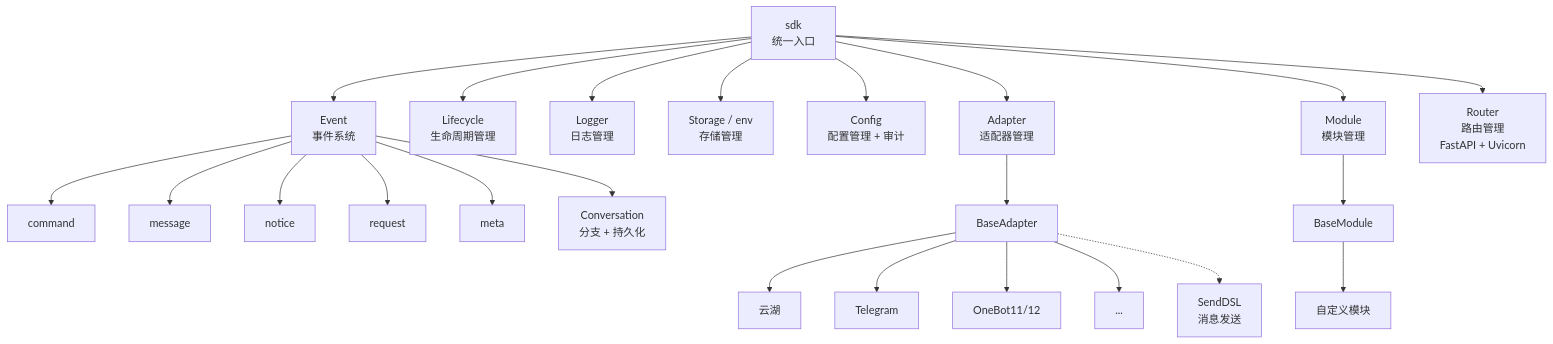
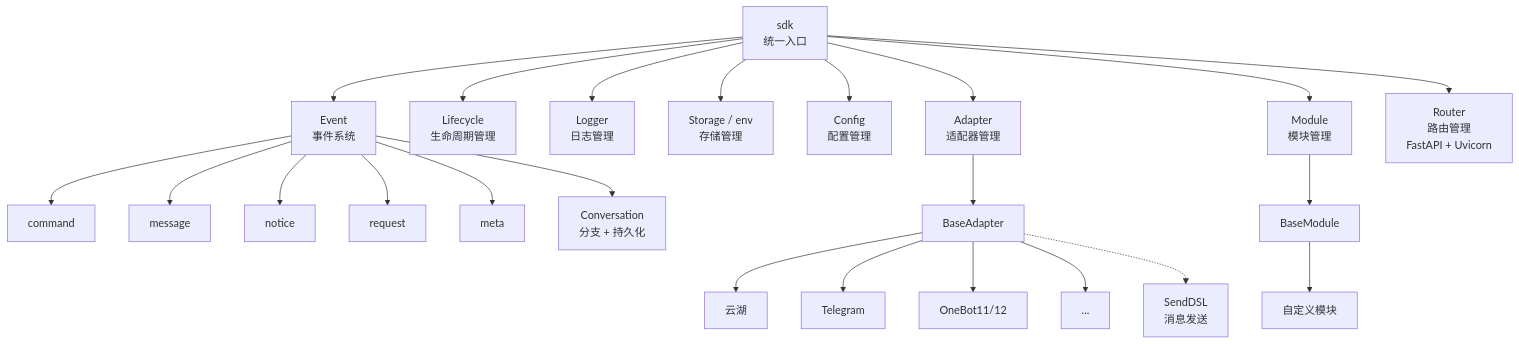
Before and after one commit to ErisPulse/ErisPulse: the first of 5 diagrams in docs/zh-CN/architecture.md, drawn with Mermaid. The commit also changed other lines of this file and 7 other files, not shown here.

````diff
--- a/docs/zh-CN/architecture.md
+++ b/docs/zh-CN/architecture.md
@@ -9,30 +9,30 @@
 ```mermaid
 graph TB
     SDK["sdk<br/>统一入口"]
 
     SDK --> Event["Event<br/>事件系统"]
     SDK --> Lifecycle["Lifecycle<br/>生命周期管理"]
     SDK --> Logger["Logger<br/>日志管理"]
     SDK --> Storage["Storage / env<br/>存储管理"]
-    SDK --> Config["Config<br/>配置管理 + 审计"]
+    SDK --> Config["Config<br/>配置管理"]
     SDK --> AdapterMgr["Adapter<br/>适配器管理"]
     SDK --> ModuleMgr["Module<br/>模块管理"]
     SDK --> Router["Router<br/>路由管理<br/>FastAPI + Uvicorn"]
     Event --> Command["command"]
     Event --> Message["message"]
     Event --> Notice["notice"]
     Event --> Request["request"]
     Event --> Meta["meta"]
     Event --> Conversation["Conversation<br/>分支 + 持久化"]
 
     AdapterMgr --> BaseAdapter["BaseAdapter"]
     BaseAdapter --> P1["云湖"]
     BaseAdapter --> P2["Telegram"]
     BaseAdapter --> P3["OneBot11/12"]
     BaseAdapter --> PN["..."]
 
     ModuleMgr --> BaseModule["BaseModule"]
     BaseModule --> CM["自定义模块"]
 
     BaseAdapter -.-> SendDSL["SendDSL<br/>消息发送"]
 ```
````
